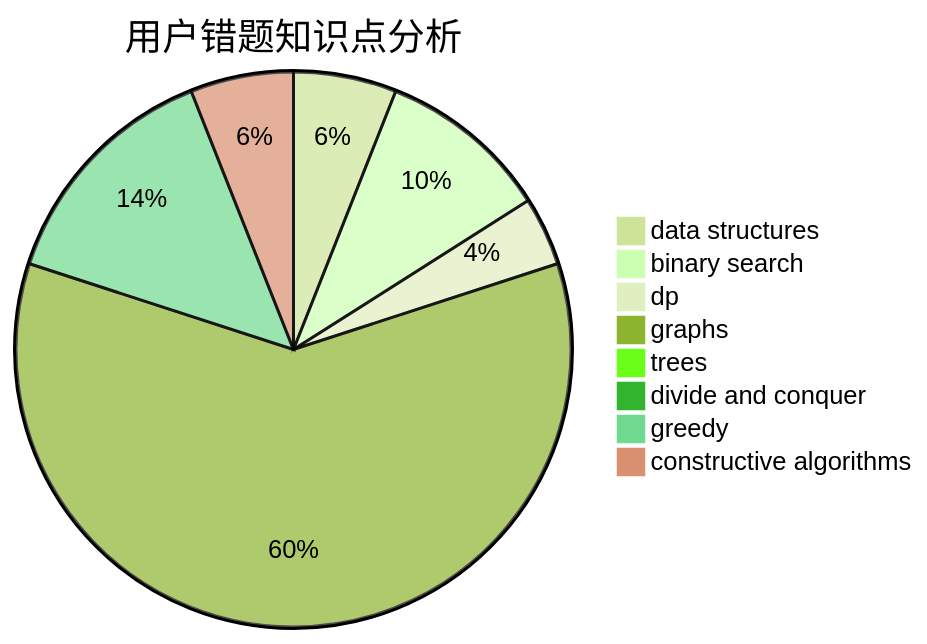
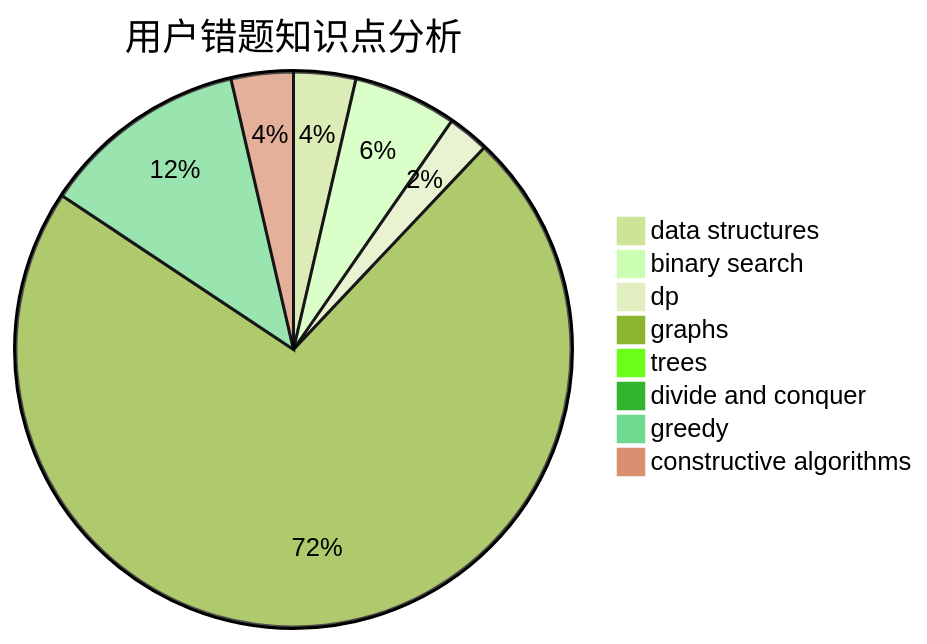
One commit to sherpahu/cfrs.github.io changed the third of 3 diagrams in docs/user/u449.md. Above: the diagram before and after it, drawn with Mermaid (forest theme). The commit also changed other lines of this file and 2770 other files, not shown here.

````diff
--- a/docs/user/u449.md
+++ b/docs/user/u449.md
@@ -36,11 +36,11 @@
 ```mermaid
 pie title 用户错题知识点分析
     "data structures" :  3
     "binary search" :  5
     "dp" :  2
-    "graphs" :  30
+    "graphs" :  60
     "trees" :  0
     "divide and conquer" :  0
-    "greedy" :  7
+    "greedy" :  10
     "constructive algorithms" :  3
 ```
````
